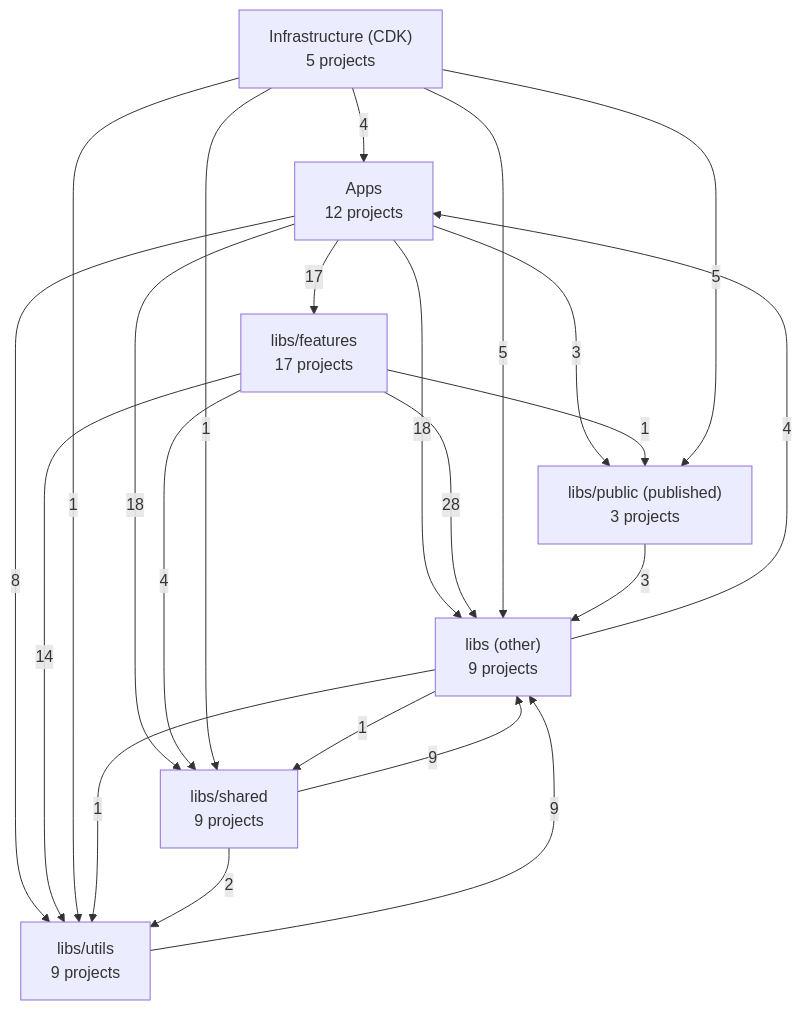
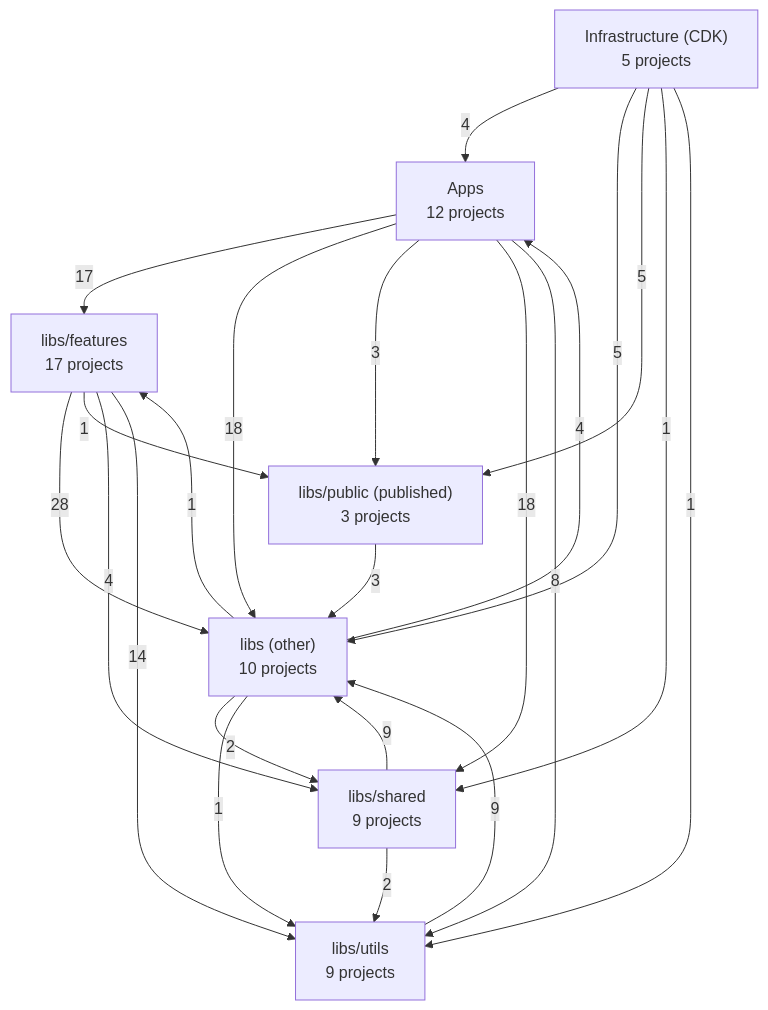
One commit to WolfSoko/wol-sok-mono changed the first of 4 diagrams in docs/architecture/README.md. Above: the diagram before and after it, drawn with Mermaid. The commit also changed other lines of this file and 1 other file, not shown here.

First line of the commit message:
docs(tools): refresh architecture diagrams (#3217)

````diff
--- a/docs/architecture/README.md
+++ b/docs/architecture/README.md
@@ -26,31 +26,32 @@
 ```mermaid
 flowchart TD
   infra["Infrastructure (CDK)<br/>5 projects"]
   apps["Apps<br/>12 projects"]
   public["libs/public (published)<br/>3 projects"]
   features["libs/features<br/>17 projects"]
   shared["libs/shared<br/>9 projects"]
   utils["libs/utils<br/>9 projects"]
-  other["libs (other)<br/>9 projects"]
+  other["libs (other)<br/>10 projects"]
   apps -- 17 --> features
   apps -- 18 --> other
   apps -- 3 --> public
   apps -- 18 --> shared
   apps -- 8 --> utils
   features -- 28 --> other
   features -- 1 --> public
   features -- 4 --> shared
   features -- 14 --> utils
   infra -- 4 --> apps
   infra -- 5 --> other
   infra -- 5 --> public
   infra -- 1 --> shared
   infra -- 1 --> utils
   other -- 4 --> apps
-  other -- 1 --> shared
+  other -- 1 --> features
+  other -- 2 --> shared
   other -- 1 --> utils
   public -- 3 --> other
   shared -- 9 --> other
   shared -- 2 --> utils
   utils -- 9 --> other
 ```
````
